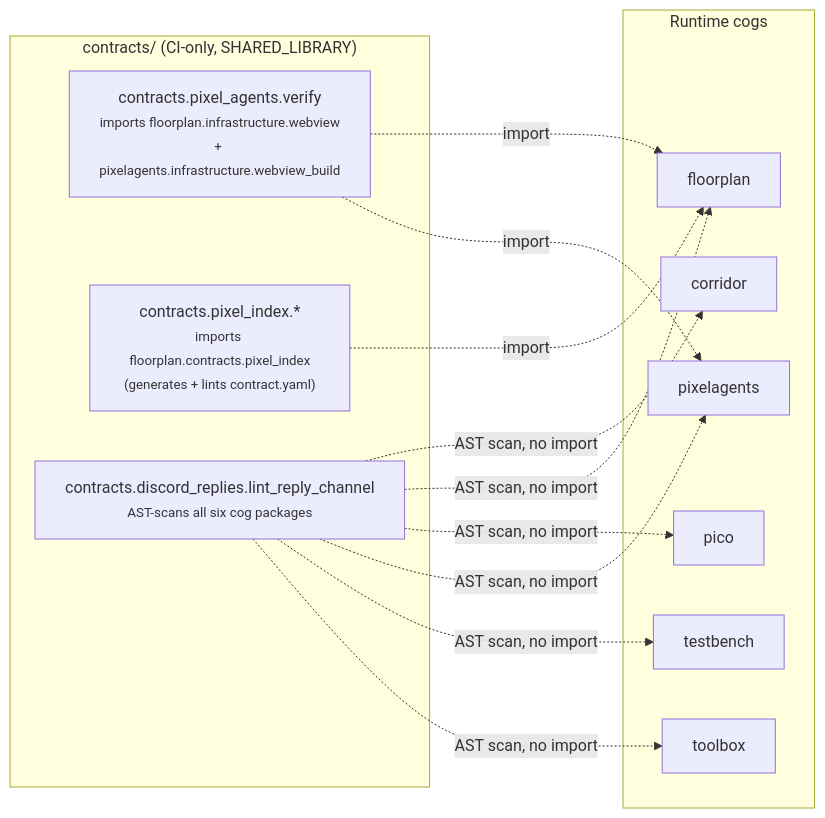
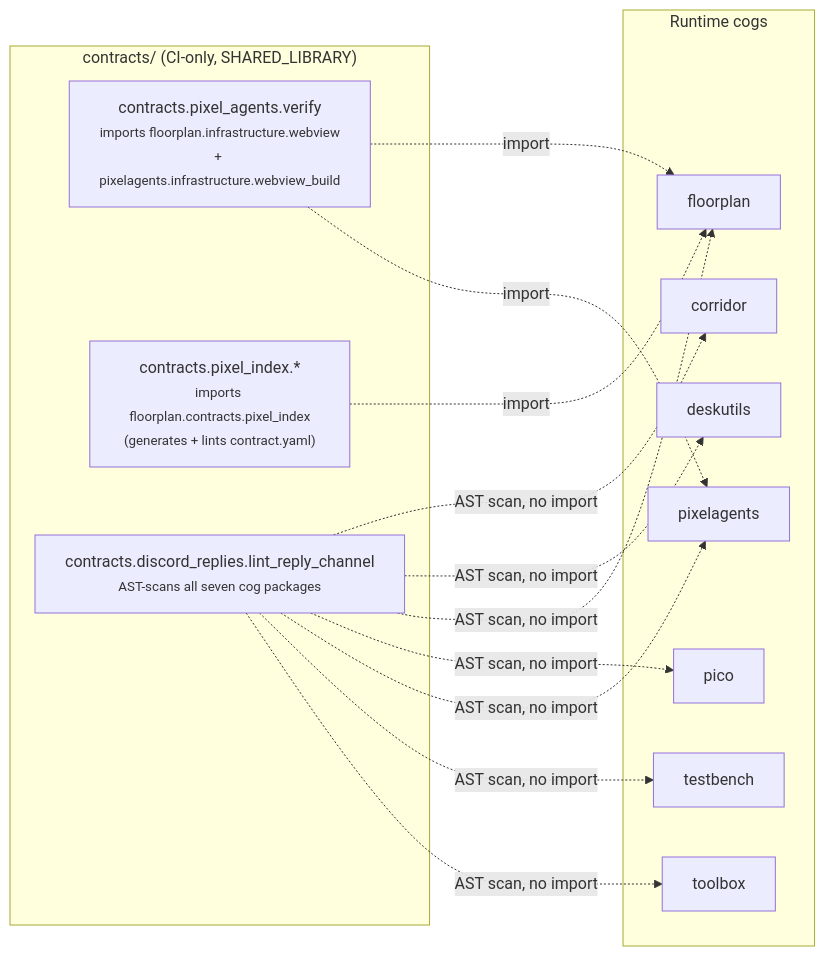
Before and after one commit to pixel-agents-hq/pixel-agents-cogs: the seventh of 7 diagrams in docs/architecture.md, drawn with Mermaid. The commit also changed other lines of this file and 26 other files, not shown here.

First line of the commit message:
feat(deskutils): add a current-time utility cog

````diff
--- a/docs/architecture.md
+++ b/docs/architecture.md
@@ -274,27 +283,29 @@
 ```mermaid
 flowchart LR
     subgraph runtime["Runtime cogs"]
         corridor2["corridor"]
+        deskutils2["deskutils"]
         floorplan2["floorplan"]
         pico2["pico"]
         pixelagents2["pixelagents"]
         testbench2["testbench"]
         toolbox2["toolbox"]
     end
 
     subgraph ci["contracts/ (CI-only, SHARED_LIBRARY)"]
         pa_verify["contracts.pixel_agents.verify<br/><small>imports floorplan.infrastructure.webview<br/>+ pixelagents.infrastructure.webview_build</small>"]
         idx_lint["contracts.pixel_index.*<br/><small>imports floorplan.contracts.pixel_index<br/>(generates + lints contract.yaml)</small>"]
-        reply_lint["contracts.discord_replies.lint_reply_channel<br/><small>AST-scans all six cog packages</small>"]
+        reply_lint["contracts.discord_replies.lint_reply_channel<br/><small>AST-scans all seven cog packages</small>"]
     end
 
     pa_verify -.->|"import"| floorplan2
     pa_verify -.->|"import"| pixelagents2
     idx_lint -.->|"import"| floorplan2
     reply_lint -.->|"AST scan, no import"| corridor2
+    reply_lint -.->|"AST scan, no import"| deskutils2
     reply_lint -.->|"AST scan, no import"| floorplan2
     reply_lint -.->|"AST scan, no import"| pico2
     reply_lint -.->|"AST scan, no import"| pixelagents2
     reply_lint -.->|"AST scan, no import"| testbench2
     reply_lint -.->|"AST scan, no import"| toolbox2
 ```
````
